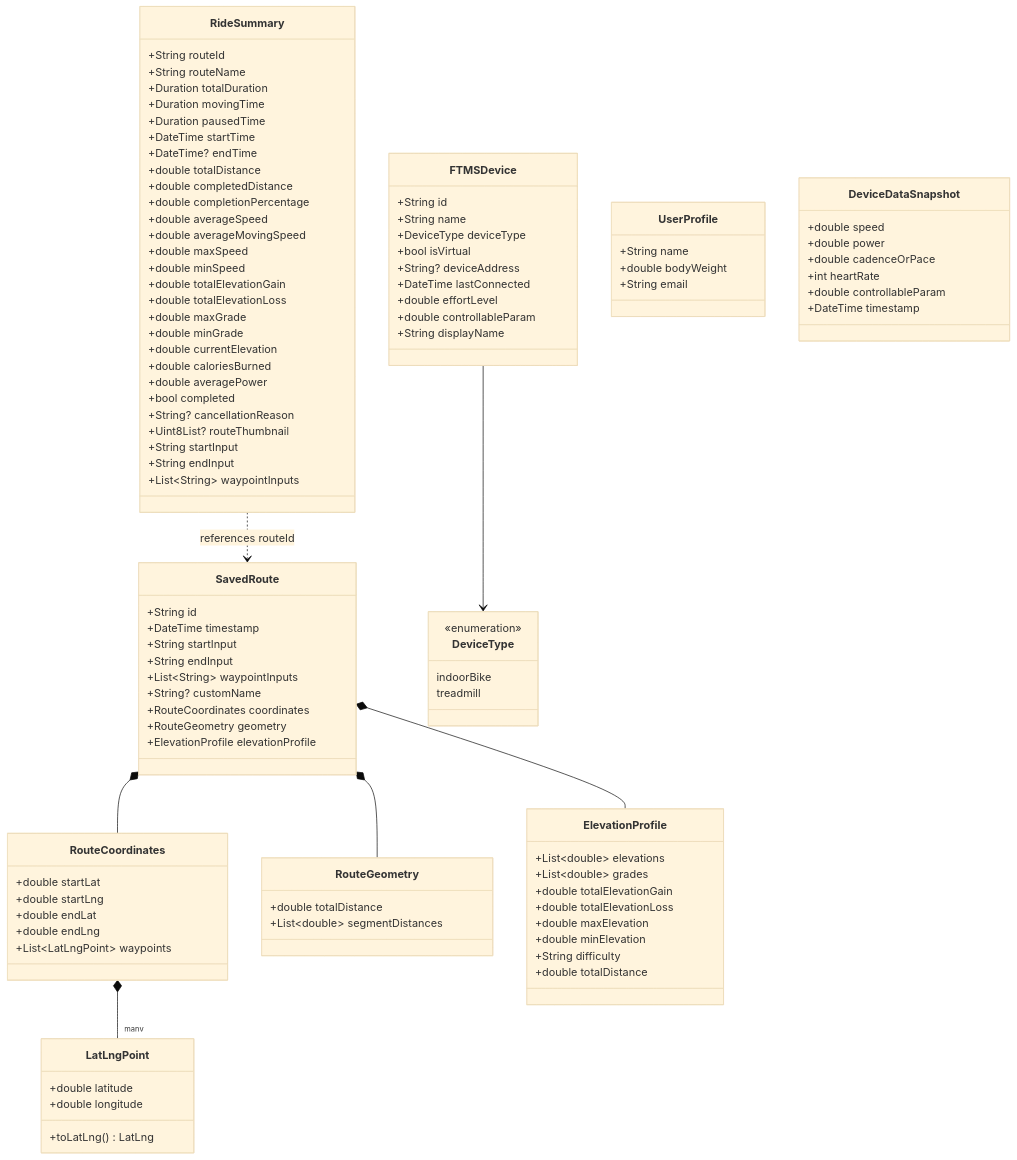
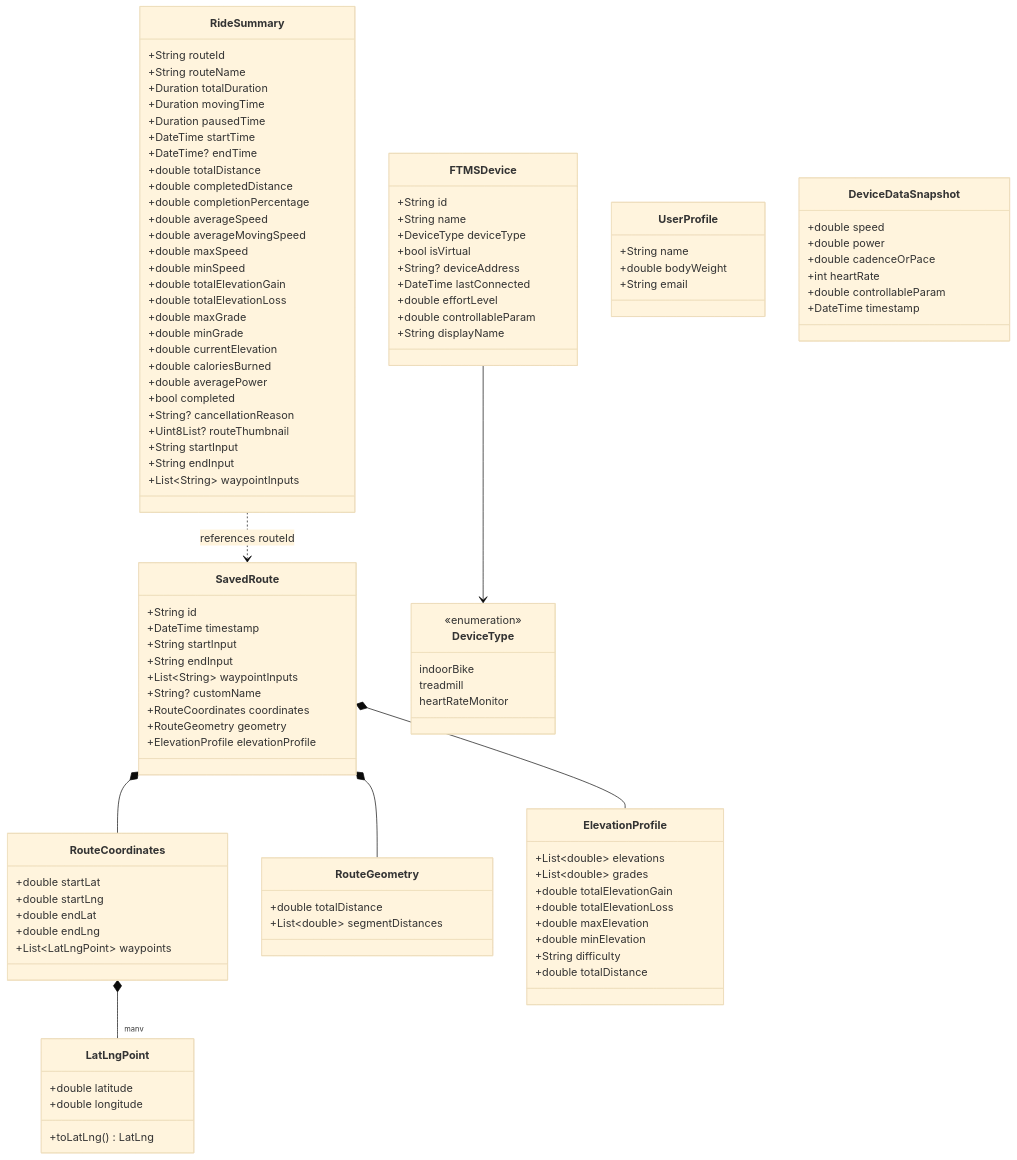
One commit to jackxuhong/free_ride changed the first of 2 diagrams in docs/data-models.md. Above: the diagram before and after it, drawn with Mermaid (base theme). The commit also changed other lines of this file and 20 other files, not shown here.

First line of the commit message:
feat: Add Heart Rate Monitor support and related functionality

```diff
--- a/docs/data-models.md
+++ b/docs/data-models.md
@@ -94,6 +94,7 @@
         <<enumeration>>
         indoorBike
         treadmill
+        heartRateMonitor
     }
 
     class UserProfile {
```
